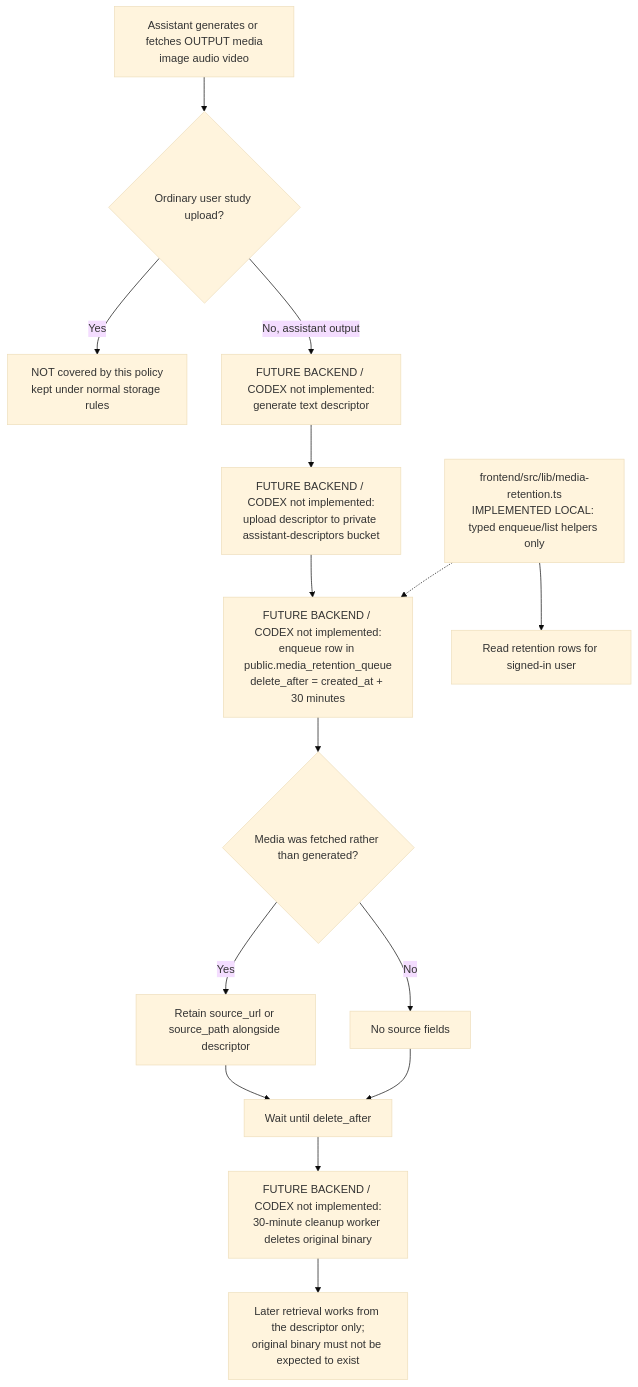
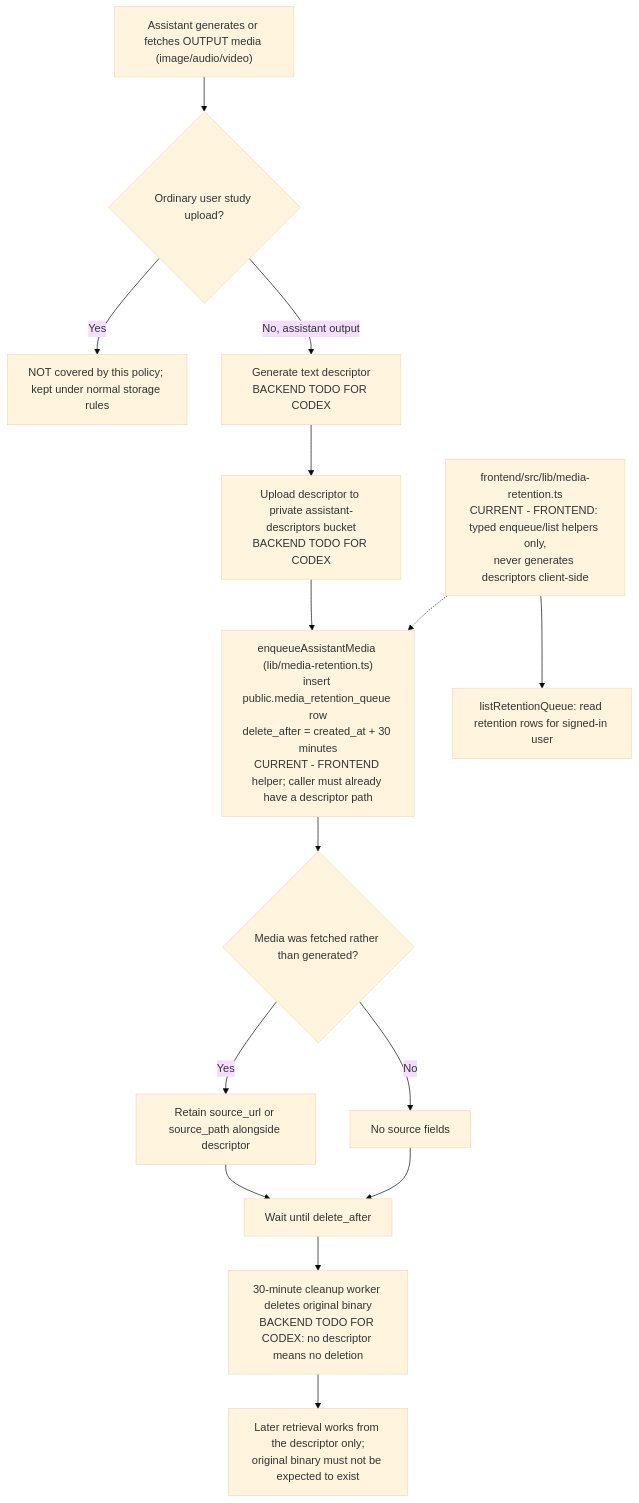
One commit to keyshavmor/study-swiss-star changed the diagram in docs/wireframes/20-media-retention.mmd. Above: the diagram before and after it, drawn with Mermaid (base theme). The commit also changed 91 other files, not shown here.

```diff
--- a/docs/wireframes/20-media-retention.mmd
+++ b/docs/wireframes/20-media-retention.mmd
@@ -1,15 +1,17 @@
+%% Assistant output media + 30-minute descriptor retention (lib/media-retention.ts,
+%% public.media_retention_queue). Descriptor must exist before original media is deleted.
 flowchart TD
-  Gen[Assistant generates or fetches OUTPUT media\nimage audio video] --> Scope{Ordinary user study upload?}
-  Scope -->|Yes| OutOfPolicy[NOT covered by this policy\nkept under normal storage rules]
-  Scope -->|No, assistant output| Descriptor[FUTURE BACKEND / CODEX not implemented:\ngenerate text descriptor]
-  Descriptor --> Upload[FUTURE BACKEND / CODEX not implemented:\nupload descriptor to private assistant-descriptors bucket]
-  Upload --> Enqueue[FUTURE BACKEND / CODEX not implemented:\nenqueue row in public.media_retention_queue\ndelete_after = created_at + 30 minutes]
-  Enqueue --> Source{Media was fetched rather than generated?}
-  Source -->|Yes| Keep[Retain source_url or source_path alongside descriptor]
-  Source -->|No| Skip[No source fields]
-  Keep --> Wait[Wait until delete_after]
+  Gen["Assistant generates or fetches OUTPUT media (image/audio/video)"] --> Scope{"Ordinary user study upload?"}
+  Scope -->|Yes| OutOfPolicy["NOT covered by this policy; kept under normal storage rules"]
+  Scope -->|No, assistant output| Descriptor["Generate text descriptor<br/>BACKEND TODO FOR CODEX"]
+  Descriptor --> Upload["Upload descriptor to private assistant-descriptors bucket<br/>BACKEND TODO FOR CODEX"]
+  Upload --> Enqueue["enqueueAssistantMedia (lib/media-retention.ts)<br/>insert public.media_retention_queue row<br/>delete_after = created_at + 30 minutes<br/>CURRENT - FRONTEND helper; caller must already have a descriptor path"]
+  Enqueue --> Source{"Media was fetched rather than generated?"}
+  Source -->|Yes| Keep["Retain source_url or source_path alongside descriptor"]
+  Source -->|No| Skip["No source fields"]
+  Keep --> Wait["Wait until delete_after"]
   Skip --> Wait
-  Wait --> Cleanup[FUTURE BACKEND / CODEX not implemented:\n30-minute cleanup worker deletes original binary]
-  Cleanup --> Retrieve[Later retrieval works from the descriptor only;\noriginal binary must not be expected to exist]
-  ClientLib[frontend/src/lib/media-retention.ts\nIMPLEMENTED LOCAL: typed enqueue/list helpers only] -.-> Enqueue
-  ClientLib --> ListUI[Read retention rows for signed-in user]
+  Wait --> Cleanup["30-minute cleanup worker deletes original binary<br/>BACKEND TODO FOR CODEX: no descriptor means no deletion"]
+  Cleanup --> Retrieve["Later retrieval works from the descriptor only;<br/>original binary must not be expected to exist"]
+  ClientLib["frontend/src/lib/media-retention.ts<br/>CURRENT - FRONTEND: typed enqueue/list helpers only,<br/>never generates descriptors client-side"] -.-> Enqueue
+  ClientLib --> ListUI["listRetentionQueue: read retention rows for signed-in user"]
```
